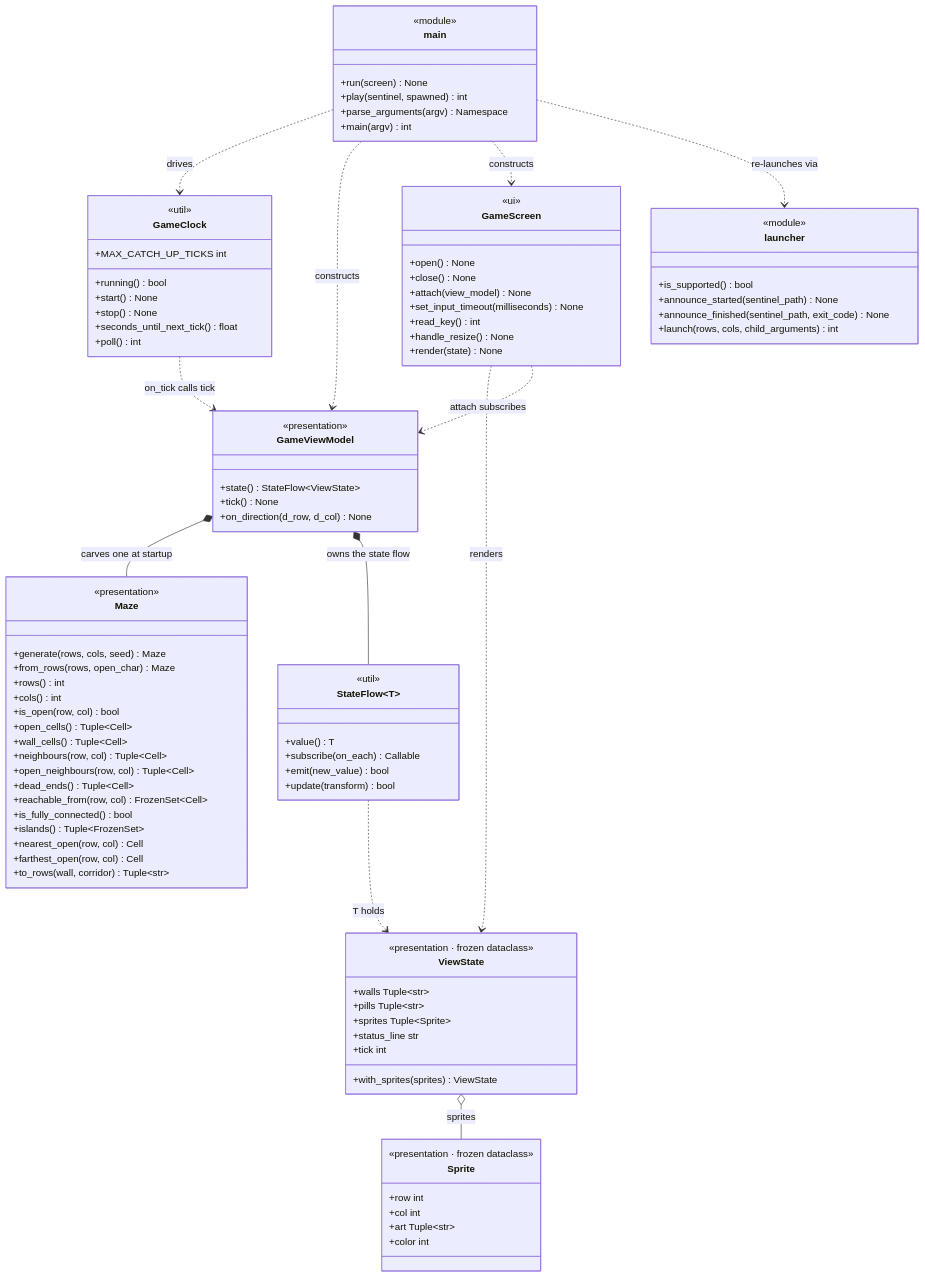
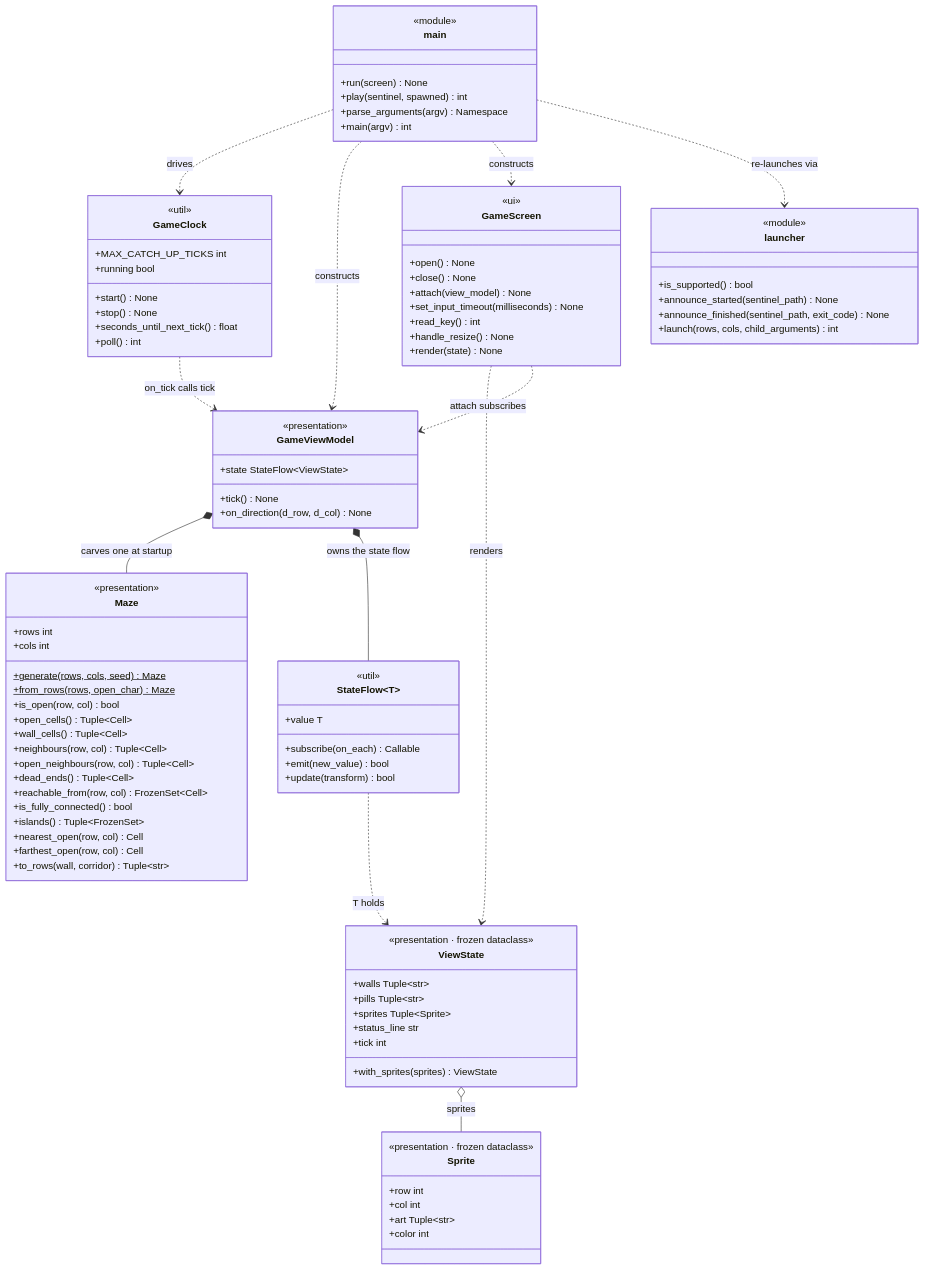
The diagram in docs/CLASS_OVERVIEW.md (replicant1/TerminalGame), drawn with Mermaid before and after one commit. The commit also changed other lines of this file and 1 other file, not shown here.

```diff
--- a/docs/CLASS_OVERVIEW.md
+++ b/docs/CLASS_OVERVIEW.md
@@ -32,10 +46,10 @@
 
     class Maze {
         <<presentation>>
-        +generate(rows, cols, seed) Maze
-        +from_rows(rows, open_char) Maze
-        +rows() int
-        +cols() int
+        +rows int
+        +cols int
+        +generate(rows, cols, seed)$ Maze
+        +from_rows(rows, open_char)$ Maze
         +is_open(row, col) bool
         +open_cells() Tuple~Cell~
         +wall_cells() Tuple~Cell~
@@ -52,7 +66,7 @@
 
     class GameViewModel {
         <<presentation>>
-        +state() StateFlow~ViewState~
+        +state StateFlow~ViewState~
         +tick() None
         +on_direction(d_row, d_col) None
     }
@@ -77,7 +91,7 @@
 
     class StateFlow~T~ {
         <<util>>
-        +value() T
+        +value T
         +subscribe(on_each) Callable
         +emit(new_value) bool
         +update(transform) bool
@@ -86,7 +100,7 @@
     class GameClock {
         <<util>>
         +MAX_CATCH_UP_TICKS int
-        +running() bool
+        +running bool
         +start() None
         +stop() None
         +seconds_until_next_tick() float
```
